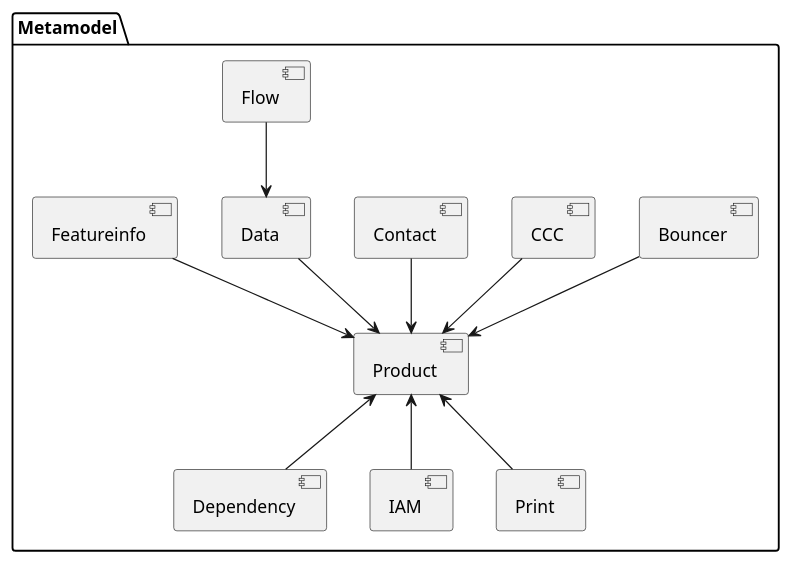
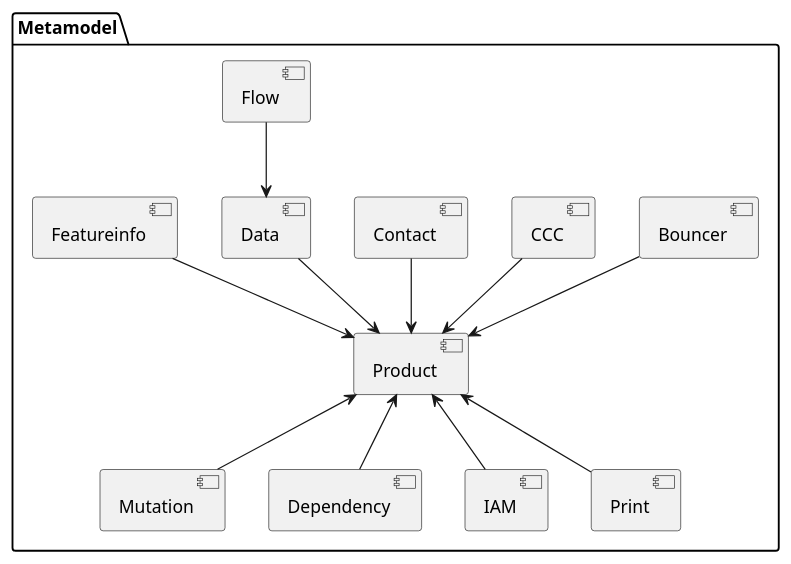
The diagram in doc/puml/src/overview.puml (sogis/simi), drawn with PlantUML before and after one commit. The commit also changed 5 other files, not shown here.

```diff
--- a/doc/puml/src/overview.puml
+++ b/doc/puml/src/overview.puml
@@ -1,28 +1,32 @@
 @startuml
 package Metamodel {
   [Product] as prod
+
+  [Mutation] as mut
 
   [Bouncer] as bouncer
   [CCC] as ccc
   [Contact] as con
   [Data] as data
 
   [Dependency] as dep
   [Flow] as flow
   [IAM] as iam
   [Print] as print
 
   [Featureinfo] as fi
 }
 
 bouncer --> prod
 ccc --> prod
 con --> prod
 data --> prod
 fi --> prod
 
+flow --> data
+
 dep -up-> prod
-flow --> data
 iam -up-> prod
 print -up-> prod
+mut -up-> prod
 @enduml
```
